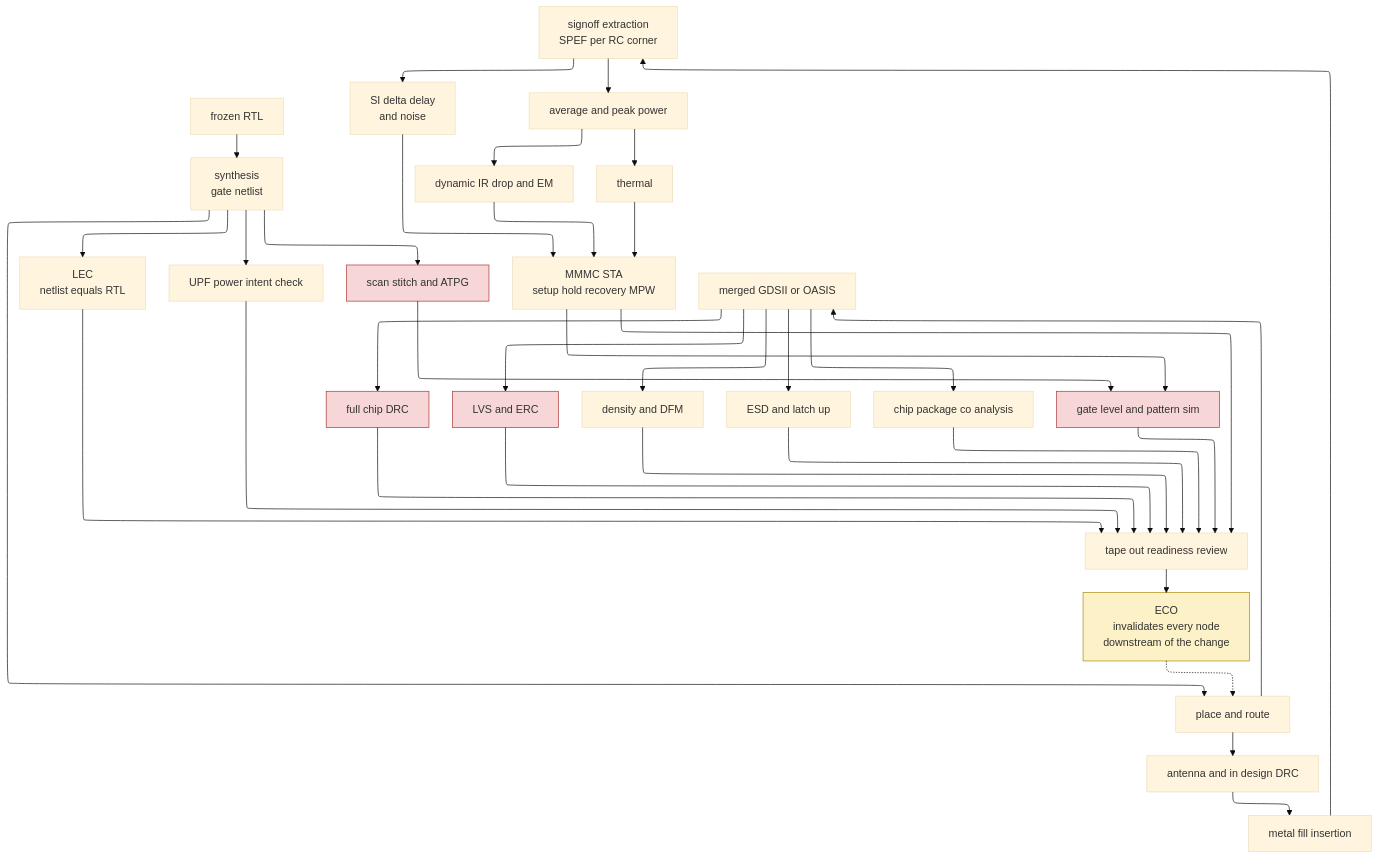
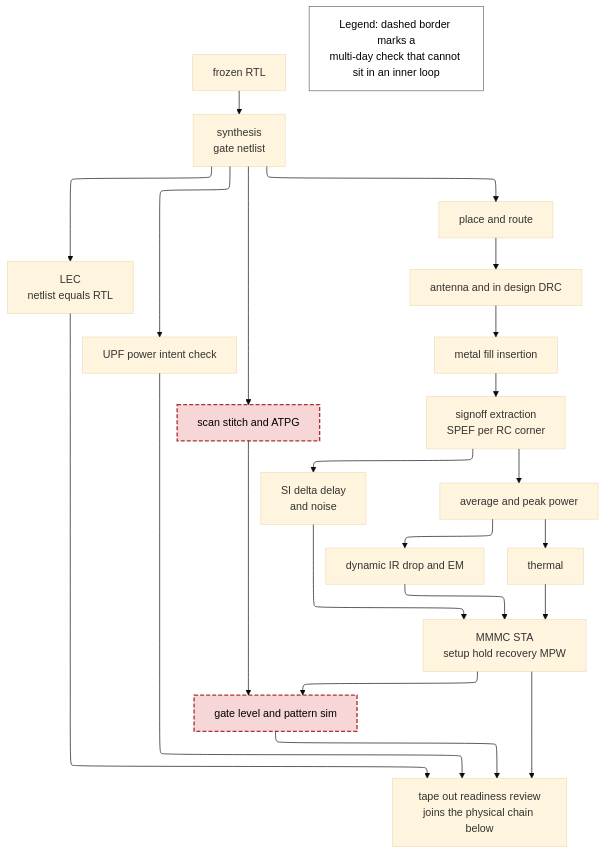
One commit to Wty2003328/silicon-design-notebook changed the first of 4 diagrams in 06_Signoff/04_Signoff_Orchestration_ECO_and_Tapeout_Readiness.md. Above: the diagram before and after it, drawn with Mermaid (base theme). The commit also changed other lines of this file and 125 other files, not shown here.

First line of the commit message:
Complete the AMBA family, refresh the learning path, and make every figure and formula actually render

````diff
--- a/06_Signoff/04_Signoff_Orchestration_ECO_and_Tapeout_Readiness.md
+++ b/06_Signoff/04_Signoff_Orchestration_ECO_and_Tapeout_Readiness.md
@@ -57,42 +61,30 @@
 ```mermaid
 %%{init: {"flowchart": {"defaultRenderer": "elk", "nodeSpacing": 55, "rankSpacing": 55, "htmlLabels": false}}}%%
 flowchart TD
     RTL["frozen RTL"] --> SYN["synthesis<br/>gate netlist"]
     SYN --> LEC["LEC<br/>netlist equals RTL"]
     SYN --> UPF["UPF power intent check"]
     SYN --> DFT["scan stitch and ATPG"]
     SYN --> PNR["place and route"]
     PNR --> ANT["antenna and in design DRC"]
     ANT --> FILL["metal fill insertion"]
     FILL --> EXT["signoff extraction<br/>SPEF per RC corner"]
     EXT --> SI["SI delta delay<br/>and noise"]
     SI --> STA["MMMC STA<br/>setup hold recovery MPW"]
     EXT --> PWR["average and peak power"]
     PWR --> IR["dynamic IR drop and EM"]
     IR --> STA
     PWR --> THM["thermal"]
     THM --> STA
-    PNR --> GDS["merged GDSII or OASIS"]
-    GDS --> DRC["full chip DRC"]
-    GDS --> LVS["LVS and ERC"]
-    GDS --> DFM["density and DFM"]
-    GDS --> ESD["ESD and latch up"]
-    GDS --> CPS["chip package co analysis"]
     DFT --> GLS["gate level and pattern sim"]
     STA --> GLS
-    LEC --> RDY["tape out readiness review"]
+    LEC --> RDY["tape out readiness review<br/>joins the physical chain below"]
     UPF --> RDY
     STA --> RDY
-    DRC --> RDY
-    LVS --> RDY
-    DFM --> RDY
-    ESD --> RDY
-    CPS --> RDY
     GLS --> RDY
-    RDY --> ECO["ECO<br/>invalidates every node<br/>downstream of the change"]
-    ECO -.-> PNR
-    classDef slow fill:#f6d6d6,stroke:#a33
-    classDef loop fill:#fdf1c7,stroke:#a80
-    class DRC,LVS,GLS,DFT slow
-    class ECO loop
+    LEGA["Legend: dashed border marks a<br/>multi-day check that cannot sit in an inner loop"]
+    classDef slow fill:#f6d6d6,stroke:#a33,stroke-width:2px,stroke-dasharray:6 3,color:#000
+    class GLS,DFT slow
+    class LEGA legend
+    classDef legend fill:#ffffff,stroke:#666,color:#000
 ```
````
